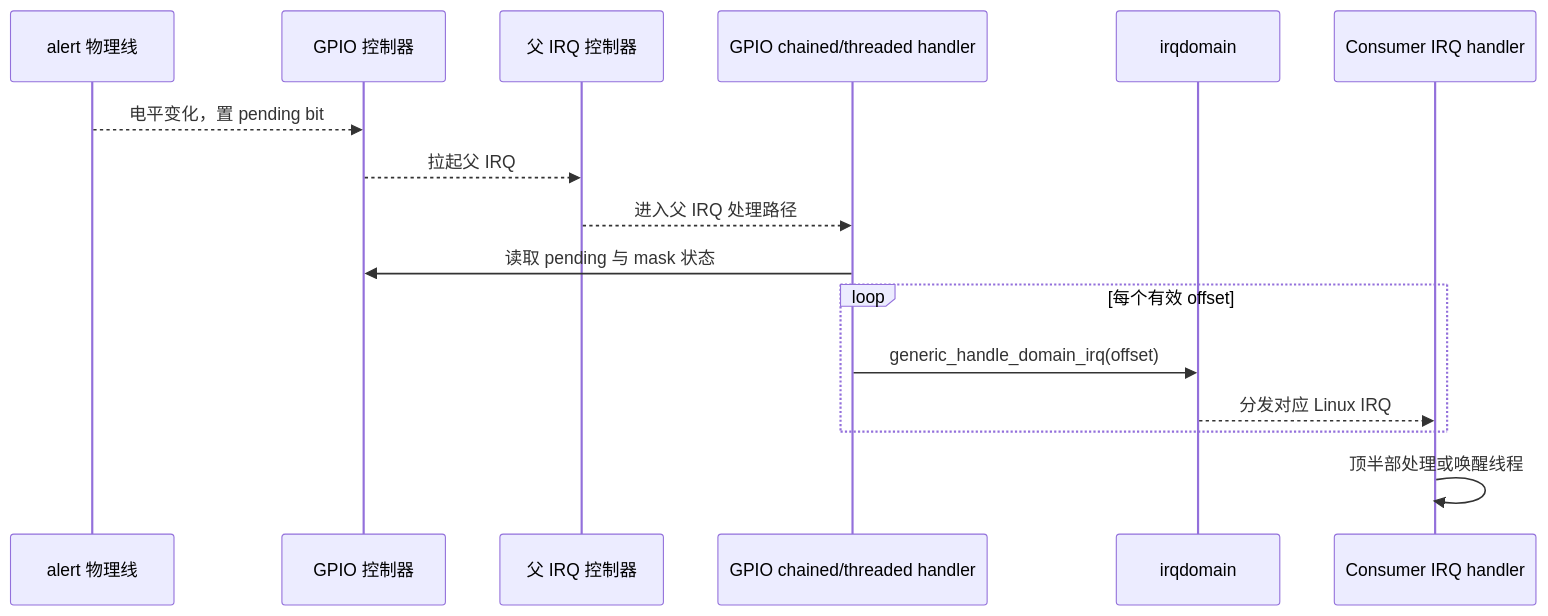
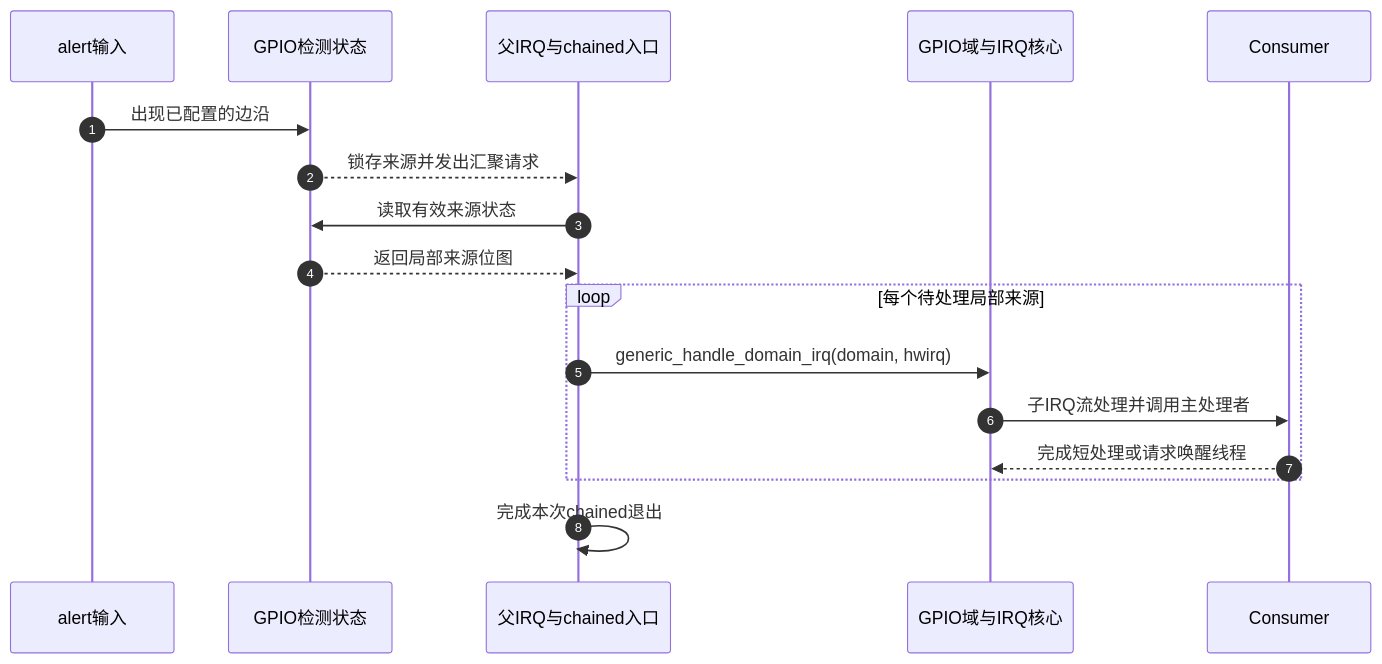
The second of 3 diagrams in knowledge/driver_model/gpio/P07_GPIO_中断桥接与事件传播.md (FormingSystem/linux_note), drawn with Mermaid before and after one commit. The commit also changed other lines of this file and 9 other files, not shown here.

````diff
--- a/knowledge/driver_model/gpio/P07_GPIO_中断桥接与事件传播.md
+++ b/knowledge/driver_model/gpio/P07_GPIO_中断桥接与事件传播.md
@@ -47,19 +61,19 @@
 ```mermaid
 sequenceDiagram
-    participant H as alert 物理线
-    participant G as GPIO 控制器
-    participant P as 父 IRQ 控制器
-    participant C as GPIO chained/threaded handler
-    participant D as irqdomain
-    participant I as Consumer IRQ handler
-
-    H-->>G: 电平变化，置 pending bit
-    G-->>P: 拉起父 IRQ
-    P-->>C: 进入父 IRQ 处理路径
-    C->>G: 读取 pending 与 mask 状态
-    loop 每个有效 offset
-        C->>D: generic_handle_domain_irq(offset)
-        D-->>I: 分发对应 Linux IRQ
+    autonumber
+    participant H as alert输入
+    participant G as GPIO检测状态
+    participant U as 父IRQ与chained入口
+    participant D as GPIO域与IRQ核心
+    participant C as Consumer
+    H->>G: 出现已配置的边沿
+    G-->>U: 锁存来源并发出汇聚请求
+    U->>G: 读取有效来源状态
+    G-->>U: 返回局部来源位图
+    loop 每个待处理局部来源
+        U->>D: generic_handle_domain_irq(domain, hwirq)
+        D->>C: 子IRQ流处理并调用主处理者
+        C-->>D: 完成短处理或请求唤醒线程
     end
-    I->>I: 顶半部处理或唤醒线程
+    U->>U: 完成本次chained退出
 ```
````
